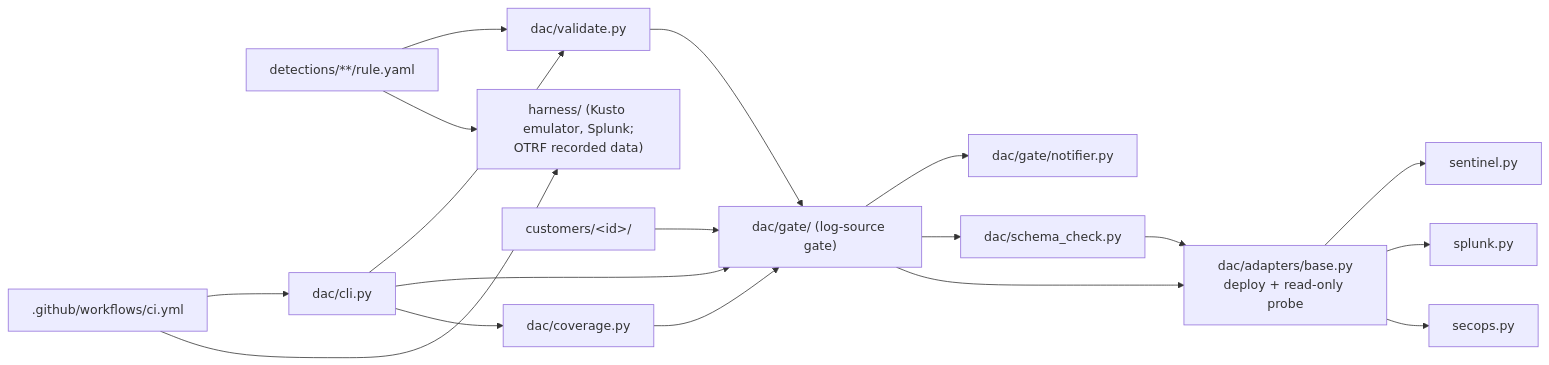
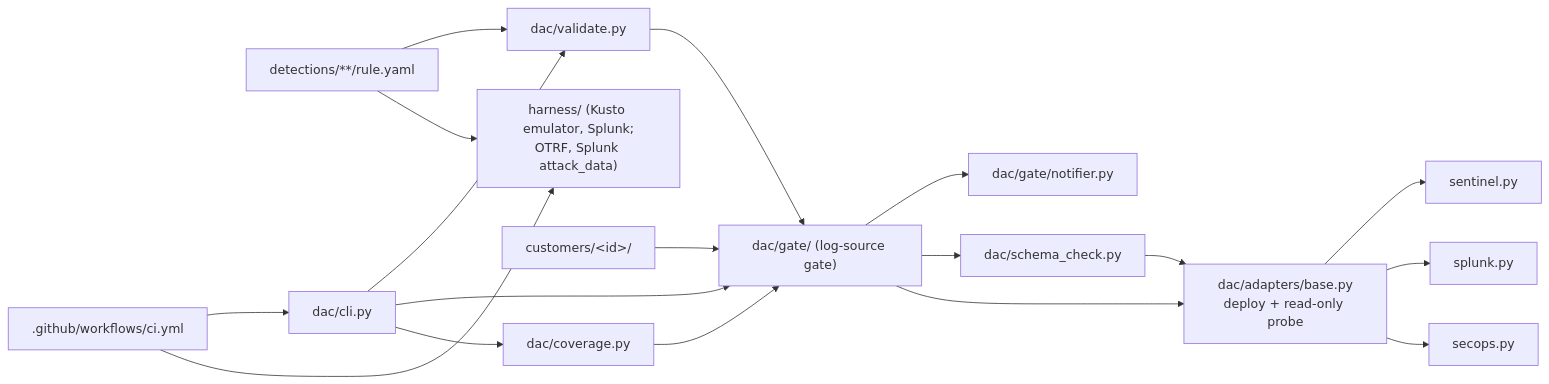
One commit to HungryBrain-bot/detection_As_Code changed the diagram in CLAUDE.md. Above: the diagram before and after it, drawn with Mermaid. The commit also changed other lines of this file and 39 other files, not shown here.

First line of the commit message:
Add identity rules B1-B3, tested in the Kusto emulator on recorded Entra logs

````diff
--- a/CLAUDE.md
+++ b/CLAUDE.md
@@ -50,20 +53,20 @@
 ```mermaid
 flowchart LR
     RULE["detections/**/rule.yaml"] --> VAL["dac/validate.py"]
     VAL --> GATE["dac/gate/ (log-source gate)"]
     GATE --> NOTIFY["dac/gate/notifier.py"]
     GATE --> SC["dac/schema_check.py"]
     SC --> AD
     GATE --> AD["dac/adapters/base.py<br/>deploy + read-only probe"]
     AD --> SEN["sentinel.py"]
     AD --> SPL["splunk.py"]
     AD --> SEC["secops.py"]
     CLI["dac/cli.py"] --> VAL
     CLI --> GATE
     CLI --> COV["dac/coverage.py"]
     COV --> GATE
     CUST["customers/&lt;id&gt;/"] --> GATE
     CI[".github/workflows/ci.yml"] --> CLI
-    CI --> HAR["harness/ (Kusto emulator, Splunk;<br/>OTRF recorded data)"]
+    CI --> HAR["harness/ (Kusto emulator, Splunk;<br/>OTRF, Splunk attack_data)"]
     RULE --> HAR
 ```
````
